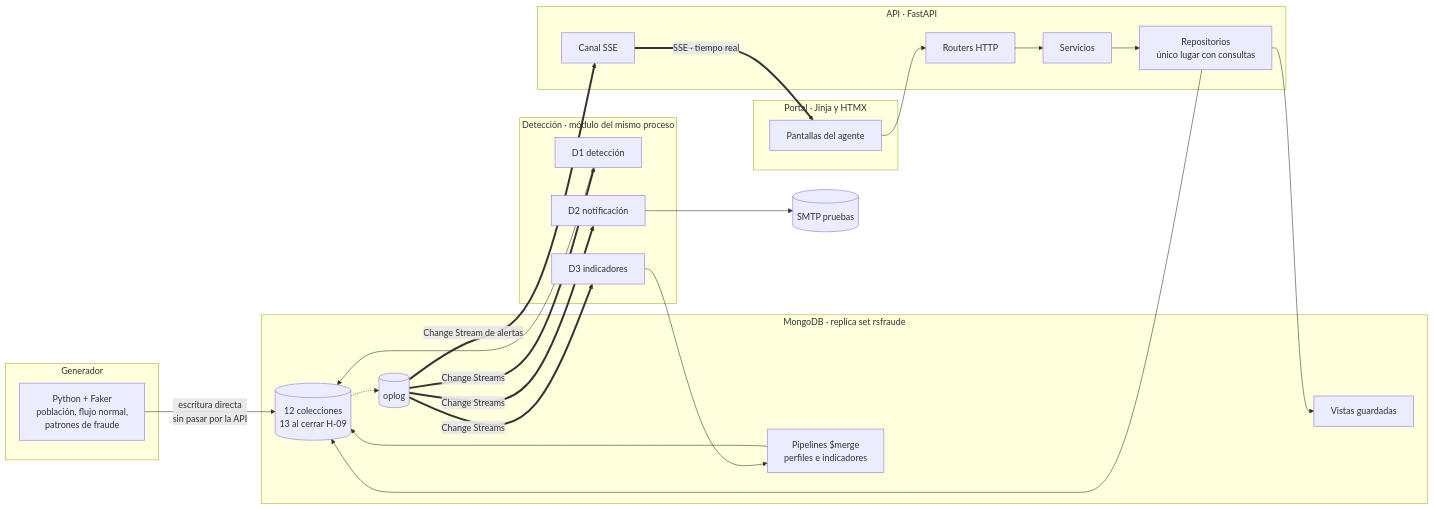
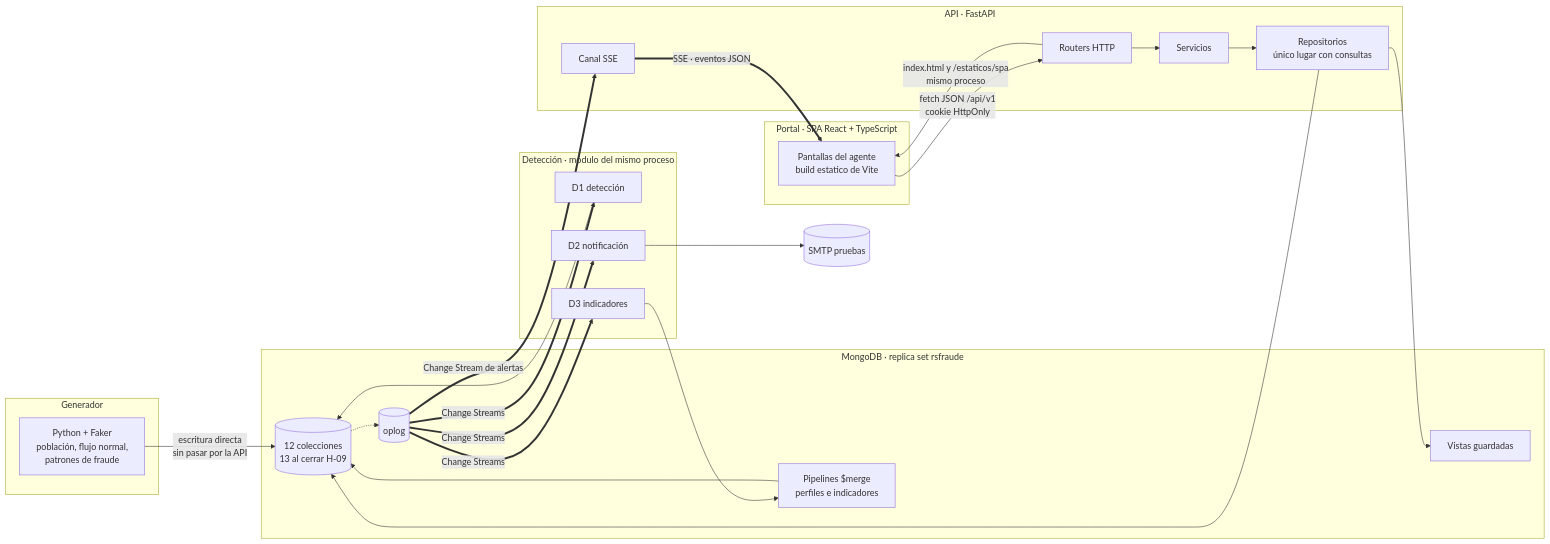
The second of 12 diagrams in docs/04-arquitectura.md (handelenriquezacuna/centinela), drawn with Mermaid before and after one commit. The commit also changed other lines of this file and 73 other files, not shown here.

First line of the commit message:
feat(portal): base de la SPA React detras de portal.interfaz (fase 1)

````diff
--- a/docs/04-arquitectura.md
+++ b/docs/04-arquitectura.md
@@ -46,41 +46,42 @@
 ```mermaid
 flowchart LR
     subgraph gen [Generador]
         G[Python + Faker<br/>población, flujo normal,<br/>patrones de fraude]
     end
 
     subgraph api [API · FastAPI]
         R[Routers HTTP]
         S[Servicios]
         P[Repositorios<br/>único lugar con consultas]
         W[Canal SSE]
     end
 
     subgraph motor [Detección · módulo del mismo proceso]
         D1[D1 detección]
         D2[D2 notificación]
         D3[D3 indicadores]
     end
 
     subgraph mongo [MongoDB · replica set rsfraude]
         C[(12 colecciones<br/>13 al cerrar H-09)]
         V[Vistas guardadas]
         M[Pipelines $merge<br/>perfiles e indicadores]
         OL[(oplog)]
     end
 
-    subgraph portal [Portal · Jinja y HTMX]
-        UI[Pantallas del agente]
+    subgraph portal [Portal · SPA React + TypeScript]
+        UI[Pantallas del agente<br/>build estatico de Vite]
     end
 
     G -- "escritura directa<br/>sin pasar por la API" --> C
     C -.-> OL
     OL == "Change Streams" ==> D1 & D2 & D3
     D1 --> C
     D2 --> SMTP[(SMTP pruebas)]
     D3 --> M --> C
-    UI --> R --> S --> P --> C
+    R -- "index.html y /estaticos/spa<br/>mismo proceso" --> UI
+    UI -- "fetch JSON /api/v1<br/>cookie HttpOnly" --> R --> S --> P --> C
     P --> V
     OL == "Change Stream de alertas" ==> W
-    W == "SSE · tiempo real" ==> UI
+    W == "SSE · eventos JSON" ==> UI
 ```
````
